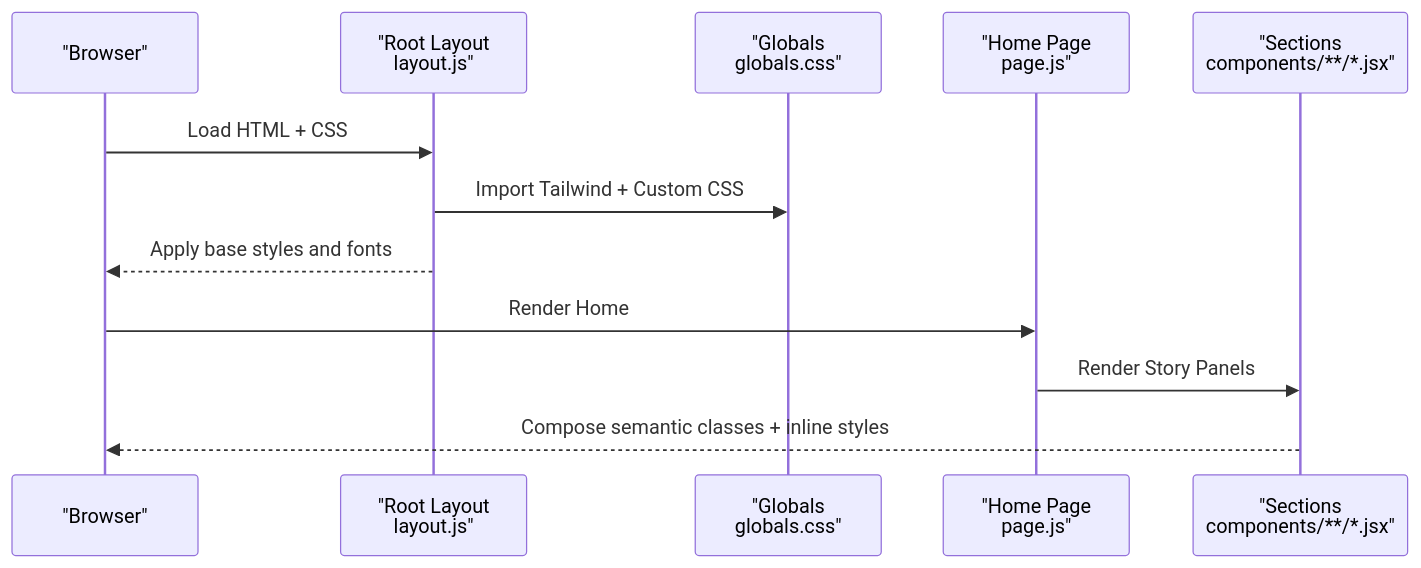
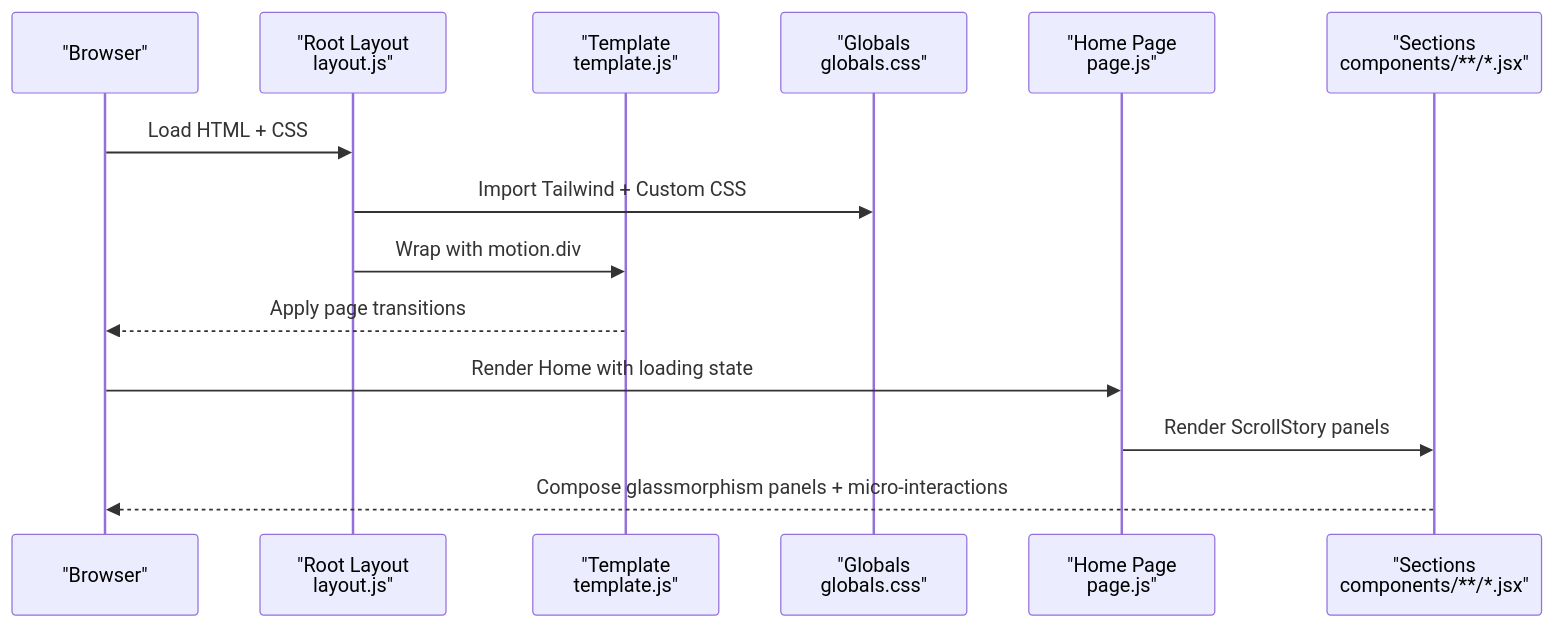
One commit to emaanfatima312005-wq/emaan-portfolio changed the second of 3 diagrams in .qoder/repowiki/en/content/Styling and Theming.md. Above: the diagram before and after it, drawn with Mermaid. The commit also changed other lines of this file and 59 other files, not shown here.

````diff
--- a/.qoder/repowiki/en/content/Styling and Theming.md
+++ b/.qoder/repowiki/en/content/Styling and Theming.md
@@ -83,14 +100,16 @@
 ```mermaid
 sequenceDiagram
 participant Browser as "Browser"
 participant Layout as "Root Layout<br/>layout.js"
+participant Template as "Template<br/>template.js"
 participant Styles as "Globals<br/>globals.css"
 participant Page as "Home Page<br/>page.js"
 participant Section as "Sections<br/>components/**/*.jsx"
 Browser->>Layout : Load HTML + CSS
 Layout->>Styles : Import Tailwind + Custom CSS
-Layout-->>Browser : Apply base styles and fonts
-Browser->>Page : Render Home
-Page->>Section : Render Story Panels
-Section-->>Browser : Compose semantic classes + inline styles
+Layout->>Template : Wrap with motion.div
+Template-->>Browser : Apply page transitions
+Browser->>Page : Render Home with loading state
+Page->>Section : Render ScrollStory panels
+Section-->>Browser : Compose glassmorphism panels + micro-interactions
 ```
````
